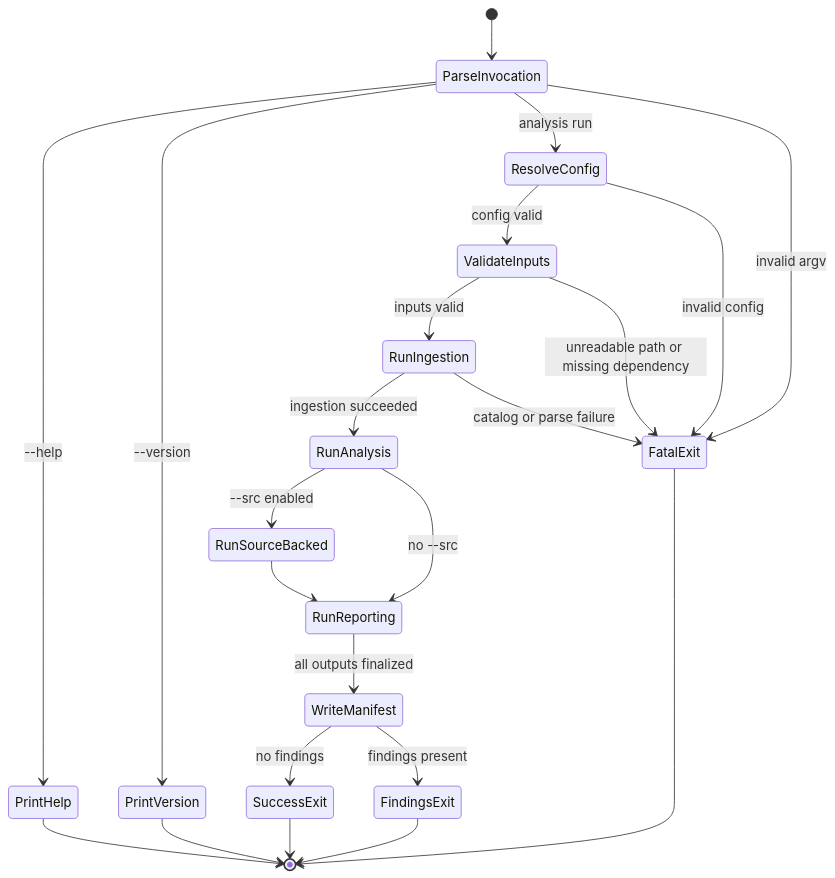
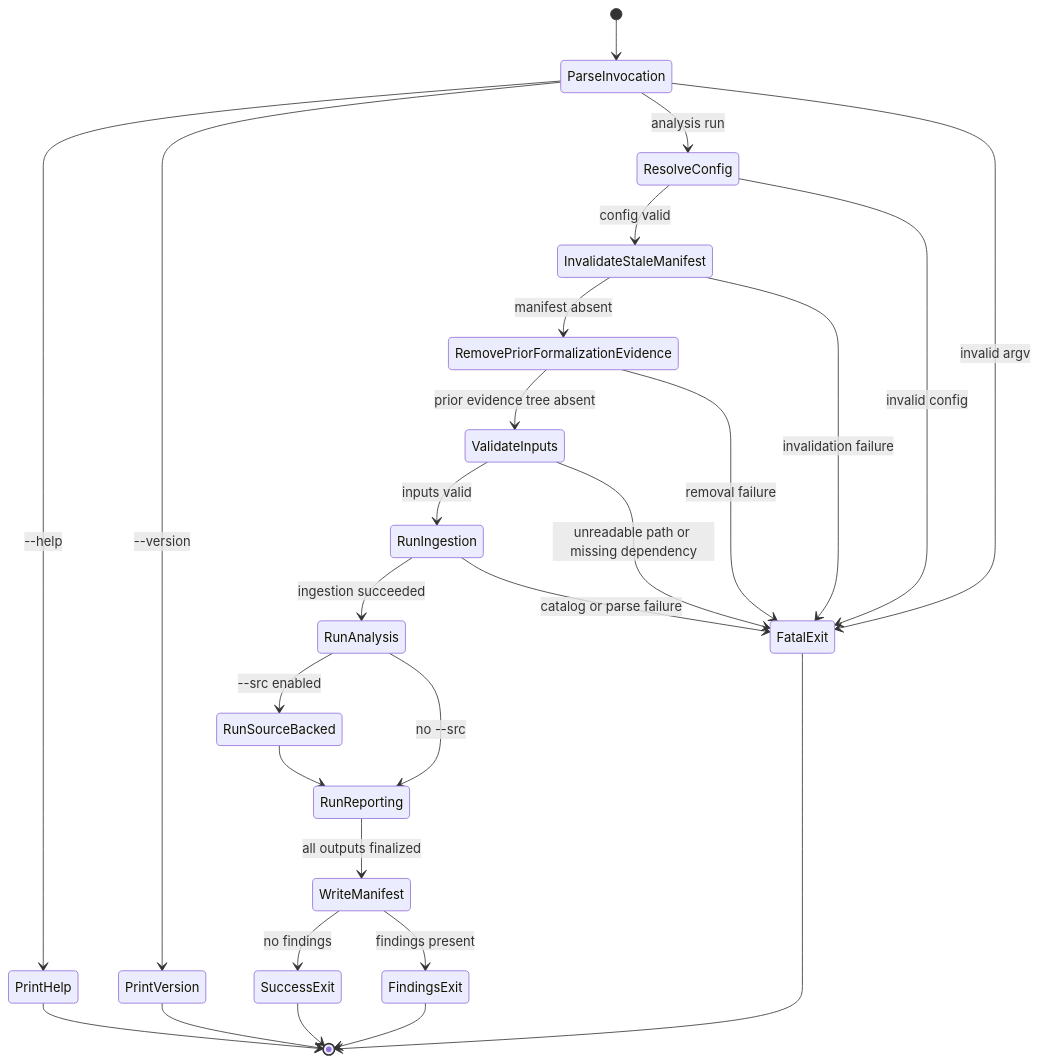
The fourth of 13 diagrams in docs/design.md (ohpauleez/spec-check), drawn with Mermaid before and after one commit. The commit also changed other lines of this file and 44 other files, not shown here.

````diff
--- a/docs/design.md
+++ b/docs/design.md
@@ -606,25 +616,29 @@
 ```mermaid
 stateDiagram-v2
     [*] --> ParseInvocation
     ParseInvocation --> PrintHelp: --help
     ParseInvocation --> PrintVersion: --version
     ParseInvocation --> ResolveConfig: analysis run
     ParseInvocation --> FatalExit: invalid argv
-    ResolveConfig --> ValidateInputs: config valid
+    ResolveConfig --> InvalidateStaleManifest: config valid
     ResolveConfig --> FatalExit: invalid config
+    InvalidateStaleManifest --> RemovePriorFormalizationEvidence: manifest absent
+    InvalidateStaleManifest --> FatalExit: invalidation failure
+    RemovePriorFormalizationEvidence --> ValidateInputs: prior evidence tree absent
+    RemovePriorFormalizationEvidence --> FatalExit: removal failure
     ValidateInputs --> RunIngestion: inputs valid
     ValidateInputs --> FatalExit: unreadable path or missing dependency
     RunIngestion --> RunAnalysis: ingestion succeeded
     RunIngestion --> FatalExit: catalog or parse failure
     RunAnalysis --> RunSourceBacked: --src enabled
     RunAnalysis --> RunReporting: no --src
     RunSourceBacked --> RunReporting
     RunReporting --> WriteManifest: all outputs finalized
     WriteManifest --> SuccessExit: no findings
     WriteManifest --> FindingsExit: findings present
     FatalExit --> [*]
     PrintHelp --> [*]
     PrintVersion --> [*]
     SuccessExit --> [*]
     FindingsExit --> [*]
 ```
````
